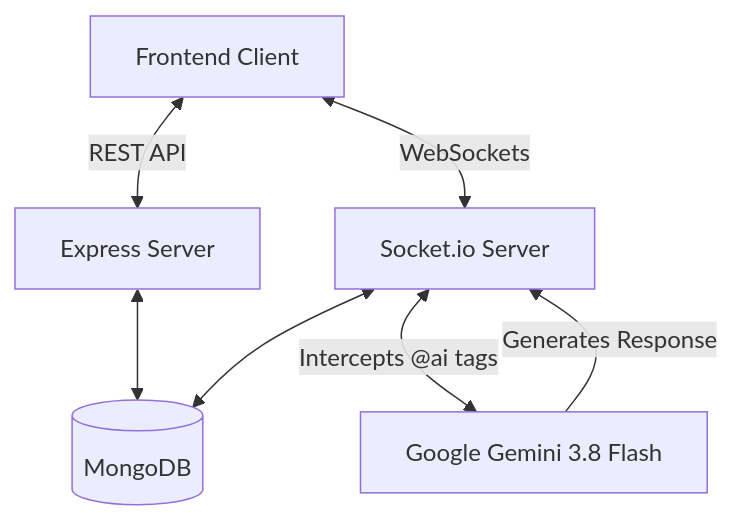
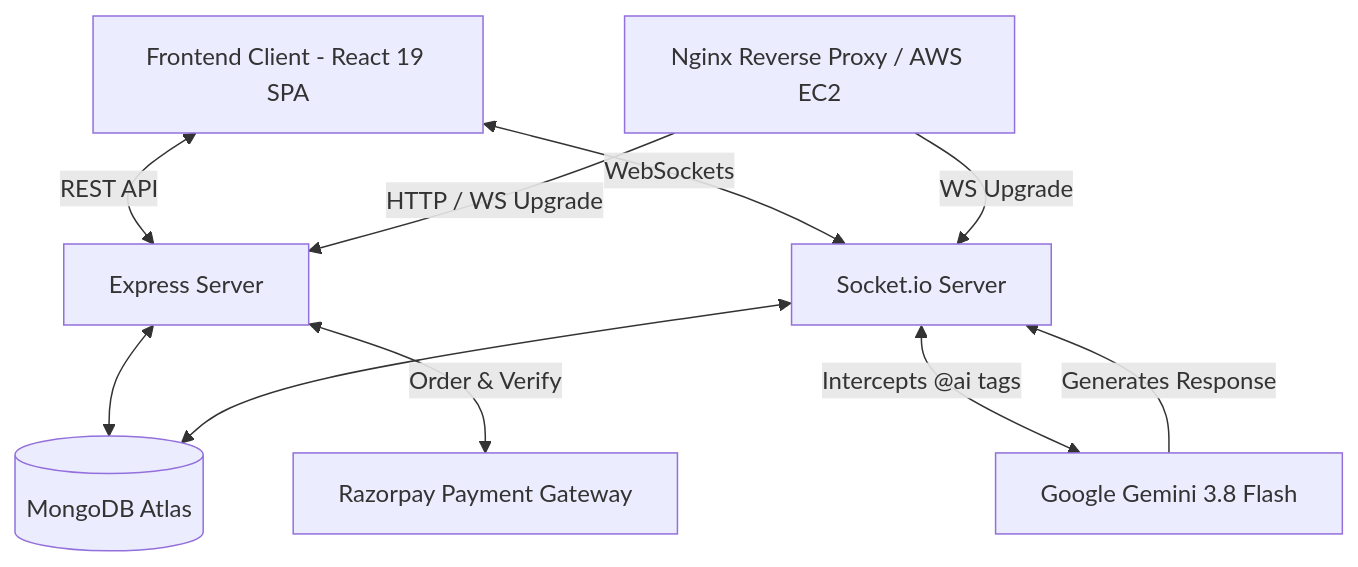
The first of 2 diagrams in README.md (ani1911/SkillSync), drawn with Mermaid before and after one commit. The commit also changed other lines of this file, not shown here.

Commit message:
docs: update README with comprehensive system architecture, AI integration, and AWS deployment details

````diff
--- a/README.md
+++ b/README.md
@@ -23,11 +39,16 @@
 ```mermaid
 graph TD
-    Client[Frontend Client] <-->|REST API| Express[Express Server]
+    Client[Frontend Client - React 19 SPA] <-->|REST API| Express[Express Server]
     Client <-->|WebSockets| SocketIO[Socket.io Server]
     
-    Express <--> Mongo[(MongoDB)]
+    Nginx[Nginx Reverse Proxy / AWS EC2] -->|HTTP / WS Upgrade| Express
+    Nginx -->|WS Upgrade| SocketIO
+    
+    Express <--> Mongo[(MongoDB Atlas)]
     SocketIO <--> Mongo
     
     SocketIO <-->|Intercepts @ai tags| AI[Google Gemini 3.8 Flash]
     AI -->|Generates Response| SocketIO
+    
+    Express <-->|Order & Verify| Razorpay[Razorpay Payment Gateway]
 ```
````
